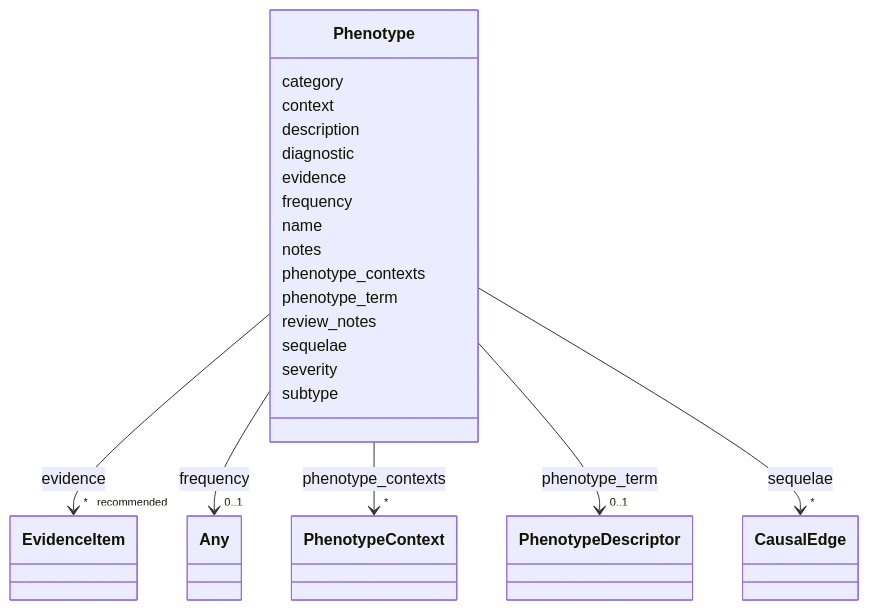
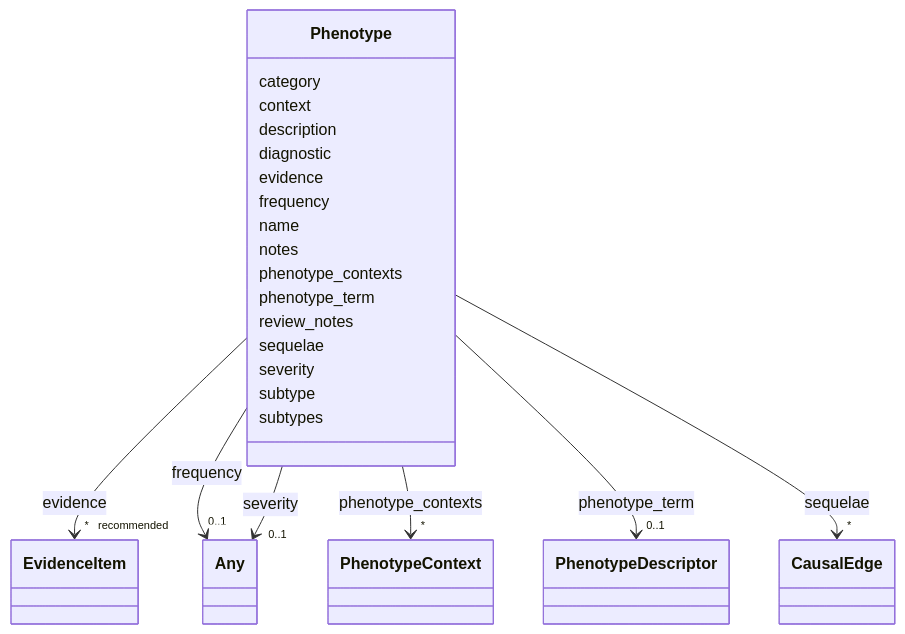
One commit to monarch-initiative/dismech changed the diagram in docs/schema/classes/Phenotype.md. Above: the diagram before and after it, drawn with Mermaid. The commit also changed other lines of this file and 1343 other files, not shown here.

First line of the commit message:
docs: regenerate schema docs and point design-decisions link at rendered page

````diff
--- a/docs/schema/classes/Phenotype.md
+++ b/docs/schema/classes/Phenotype.md
@@ -85,7 +85,18 @@
         
       Phenotype : severity
         
+          
+    
+        
+        
+        Phenotype --> "0..1" Any : severity
+        click Any href "../../classes/Any/"
+    
+
+        
       Phenotype : subtype
+        
+      Phenotype : subtypes
         
       
 ```
````
